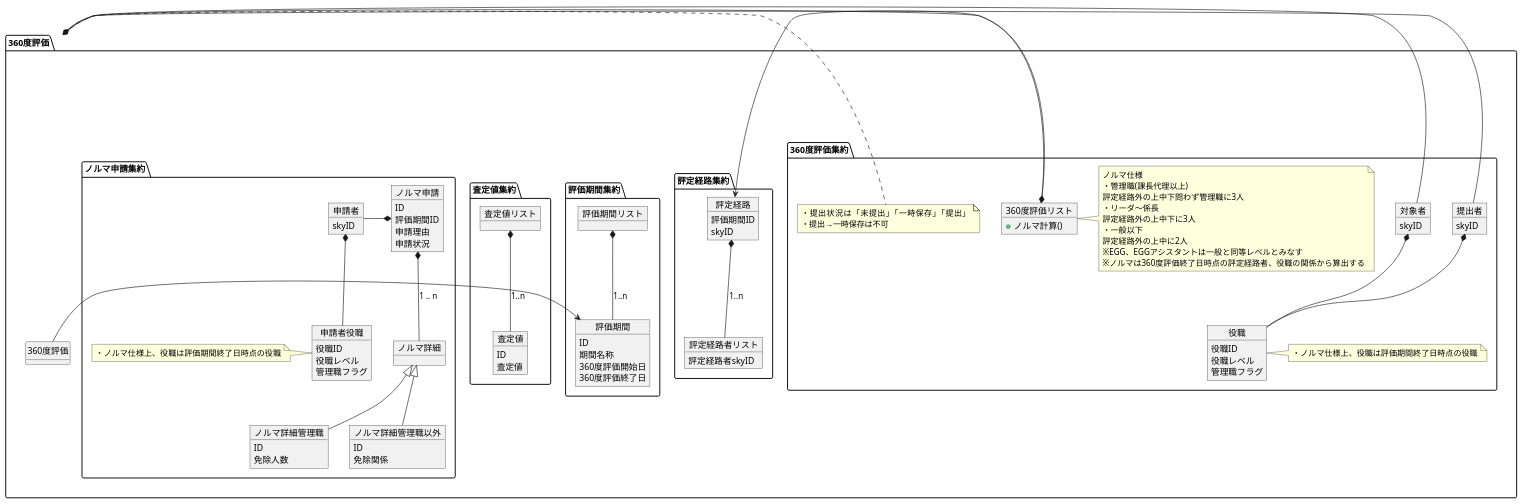
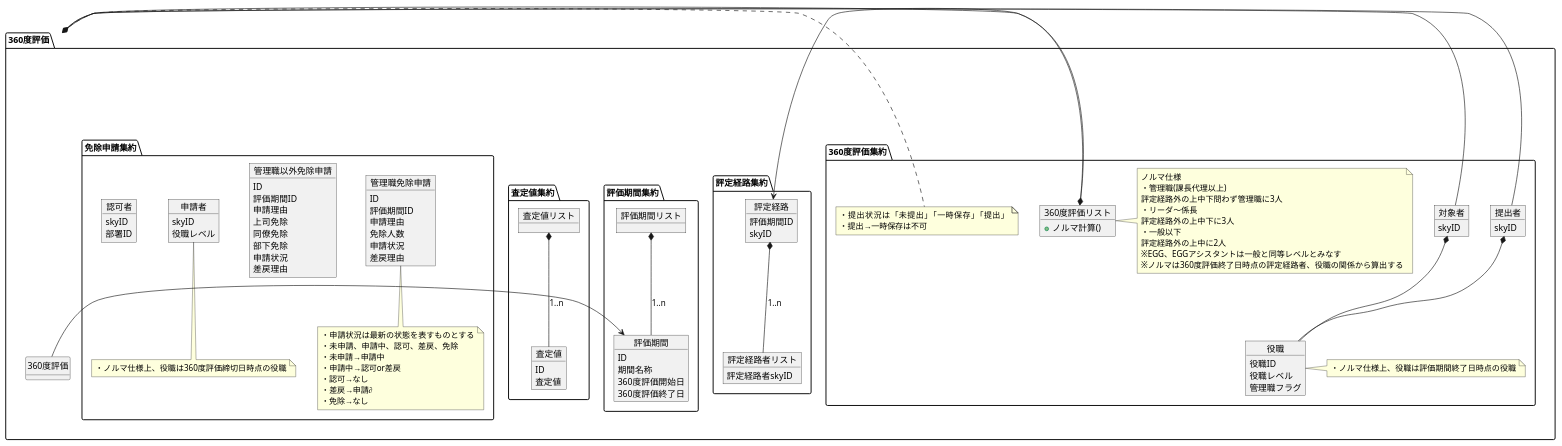
The diagram in 360度評価/ドメインモデル図.pu (Nke0628/document), drawn with PlantUML before and after one commit. The commit also changed 6 other files, not shown here.

Commit message:
ドメインモデル図、ロバストネス図修正

```diff
--- a/360度評価/ドメインモデル図.pu
+++ b/360度評価/ドメインモデル図.pu
@@ -1,132 +1,138 @@
 @startuml
 top to bottom direction
 
 hide circle
 hide method
 
 package 360度評価 {
 
     package 360度評価集約{
         
         object 360度評価リスト {
             + ノルマ計算()
         }
         object 360度評価 {
             ID
             評価期間ID
             査定値ID
             良い点
             改善点
             お客様からの評価か
             提出状況
         }
         object 提出者 {
             skyID
         }   
         object 対象者 {
             skyID
         }          
         object 役職 {
             役職ID
             役職レベル
             管理職フラグ
         }   
         360度評価リスト *-down- 360度評価
         360度評価 *-right- 提出者
         360度評価 *-right- 対象者
         提出者 *-down- 役職
         対象者 *-down- 役職
         note bottom of 360度評価
         ・提出状況は「未提出」「一時保存」「提出」
         ・提出→一時保存は不可
         end note
         note right of 360度評価リスト
         ノルマ仕様
         ・管理職(課長代理以上)
         評定経路外の上中下問わず管理職に3人
         ・リーダ〜係長
         評定経路外の上中下に3人
         ・一般以下
         評定経路外の上中に2人
         ※EGG、EGGアシスタントは一般と同等レベルとみなす
         ※ノルマは360度評価終了日時点の評定経路者、役職の関係から算出する
         end note
         note right of 役職
         ・ノルマ仕様上、役職は評価期間終了日時点の役職
         end note
     }
 
 
     package 評定経路集約{
         object 評定経路 {
             評価期間ID
             skyID
         }
         object 評定経路者リスト {
             評定経路者skyID
         }
     } 
     評定経路 *-down- 評定経路者リスト : 1..n
     360度評価リスト -left-> 評定経路
 
     package 評価期間集約{
         object 評価期間リスト {
         }
 
         object 評価期間 {
             ID
             期間名称
             360度評価開始日
             360度評価終了日
         }
     }
     評価期間リスト *-down- 評価期間 : 1..n
     360度評価 -left-> 評価期間 
 
     package 査定値集約 {
         object 査定値リスト {
         }
 
         object 査定値 {
             ID
             査定値
         }
     }
     査定値リスト *-down- 査定値 : 1..n
 
-    package ノルマ申請集約{
-        object ノルマ申請 {
+    package 免除申請集約{
+        object 管理職免除申請 {
             ID
             評価期間ID
             申請理由
+            免除人数
             申請状況
+            差戻理由
+        }
+        object 管理職以外免除申請 {
+            ID
+            評価期間ID
+            申請理由
+            上司免除
+            同僚免除
+            部下免除
+            申請状況
+            差戻理由
         }
         object 申請者 {
             skyID
+            役職レベル
+        }  
+        object 認可者 {
+            skyID
+            部署ID
         }   
-        object 申請者役職 {
-            役職ID
-            役職レベル
-            管理職フラグ
-        }   
-        object ノルマ詳細 {
-        }
-        object ノルマ詳細管理職 {
-            ID
-            免除人数        
-        }
-        object ノルマ詳細管理職以外 {
-            ID
-            免除関係 
-        }
-        ノルマ申請 *-down- ノルマ詳細 : 1 .. n
-        ノルマ詳細 <|-down- ノルマ詳細管理職
-        ノルマ詳細 <|-down- ノルマ詳細管理職以外
-        ノルマ申請 *-left- 申請者
-        申請者 *-down- 申請者役職
-        note left of 申請者役職
-        ・ノルマ仕様上、役職は評価期間終了日時点の役職
+        note bottom of 申請者
+        ・ノルマ仕様上、役職は360度評価締切日時点の役職
+        end note
+        note bottom of 管理職免除申請
+        ・申請状況は最新の状態を表すものとする
+        ・未申請、申請中、認可、差戻、免除
+        ・未申請→申請中
+        ・申請中→認可or差戻
+        ・認可→なし
+        ・差戻→申請∂
+        ・免除→なし
         end note
     }
 }
 @enduml
```
